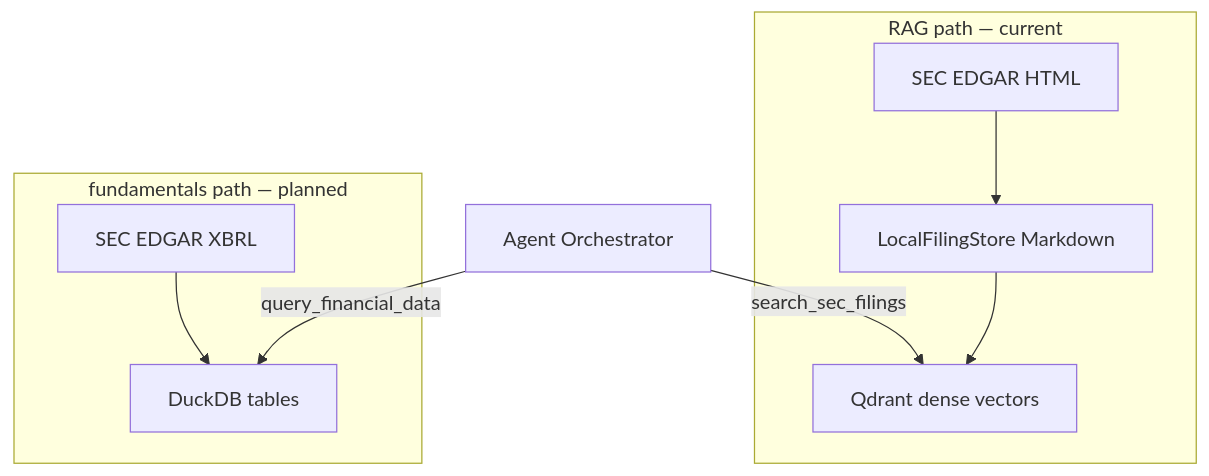
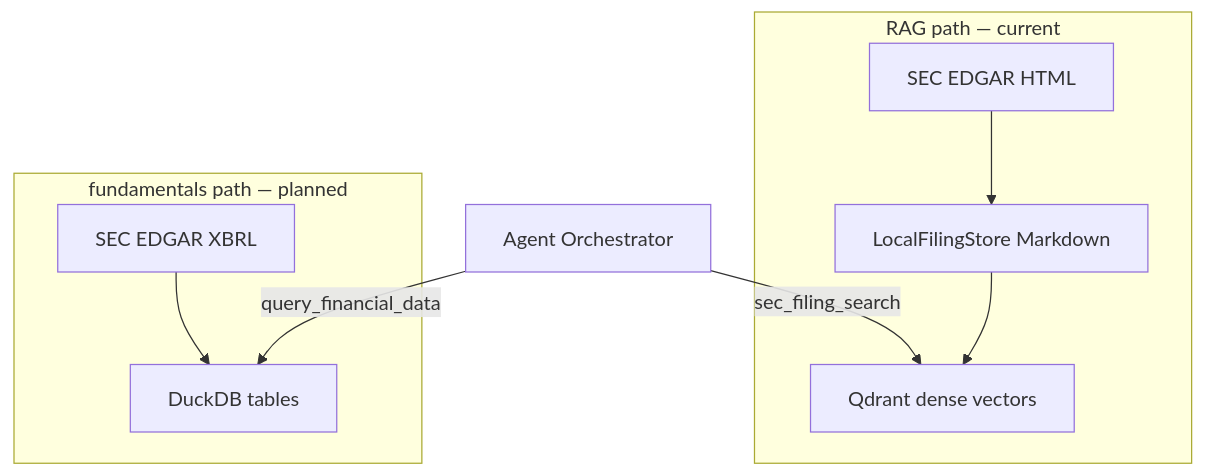
Before and after one commit to wei-yiting/fin-lab-x: the second of 3 diagrams in docs/agent_architecture.md, drawn with Mermaid. The commit also changed other lines of this file and 45 other files, not shown here.

First line of the commit message:
feat(agent): sec_filing_search RAG tool with stable citation IDs (DEV-142, DEV-130)

````diff
--- a/docs/agent_architecture.md
+++ b/docs/agent_architecture.md
@@ -121,20 +121,20 @@
 ```mermaid
 flowchart TD
     Agent[Agent Orchestrator]
 
     subgraph RAG [RAG path — current]
         RAG_HTML[SEC EDGAR HTML]
         RAG_MD[LocalFilingStore Markdown]
         RAG_VEC[Qdrant dense vectors]
         RAG_HTML --> RAG_MD --> RAG_VEC
     end
 
     subgraph FUND [fundamentals path — planned]
         FUND_XBRL[SEC EDGAR XBRL]
         FUND_DUCK[DuckDB tables]
         FUND_XBRL --> FUND_DUCK
     end
 
-    Agent -->|search_sec_filings| RAG_VEC
+    Agent -->|sec_filing_search| RAG_VEC
     Agent -->|query_financial_data| FUND_DUCK
 ```
````
